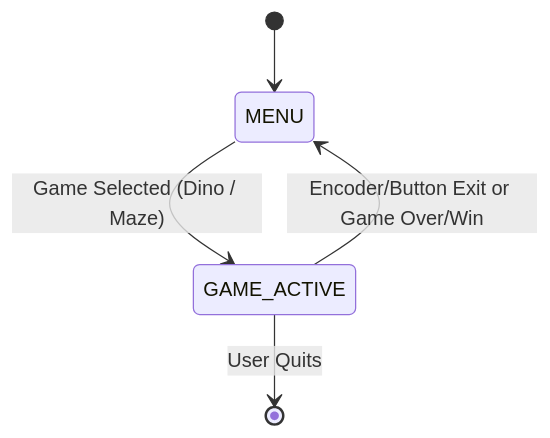
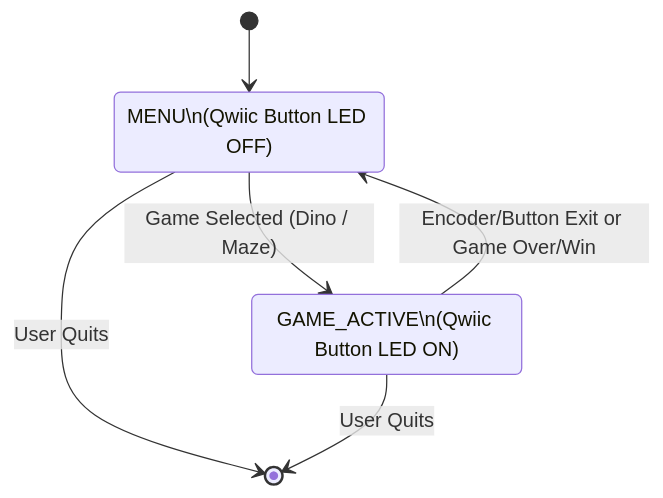
The diagram in Lab 4/README.md (ji227/Jesse-Iriah-s-Lab-Hub), drawn with Mermaid before and after one commit.

````diff
--- a/Lab 4/README.md
+++ b/Lab 4/README.md
@@ -180,12 +180,14 @@
 ```mermaid
 stateDiagram-v2
 
 	[*] --> MENU
-	
-	state "MENU" as MENU
-    state "GAME_ACTIVE" as GAME_ACTIVE
+
+    state "MENU\n(Qwiic Button LED OFF)" as MENU
+    state "GAME_ACTIVE\n(Qwiic Button LED ON)" as GAME_ACTIVE
 
     MENU --> GAME_ACTIVE: Game Selected (Dino / Maze)
     GAME_ACTIVE --> MENU: Encoder/Button Exit or Game Over/Win
+
+    MENU --> [*]: User Quits
     GAME_ACTIVE --> [*]: User Quits
 ```
````
